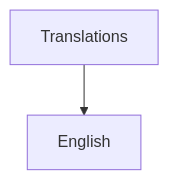
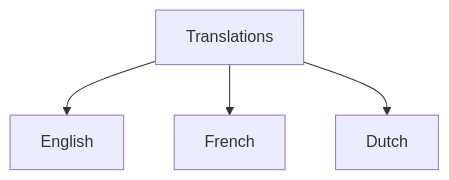
The third of 5 diagrams in DESIGN.md (xdubois-57/iwanttobe.be-paid), drawn with Mermaid before and after one commit. The commit also changed other lines of this file and 15 other files, not shown here.

Commit message:
Add Dutch and French translations with informal tone and update DESIGN.md

````diff
--- a/DESIGN.md
+++ b/DESIGN.md
@@ -102,4 +102,6 @@
 ```mermaid
 graph TD
     T[Translations] --> EN[English]
+    T --> FR[French]
+    T --> NL[Dutch]
 ```
````
